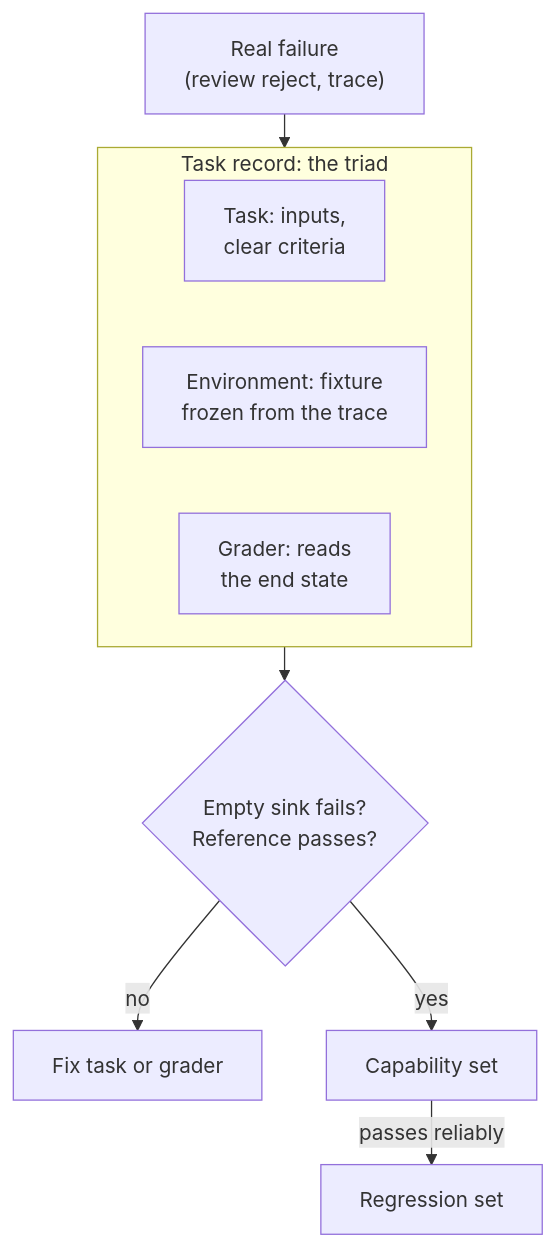
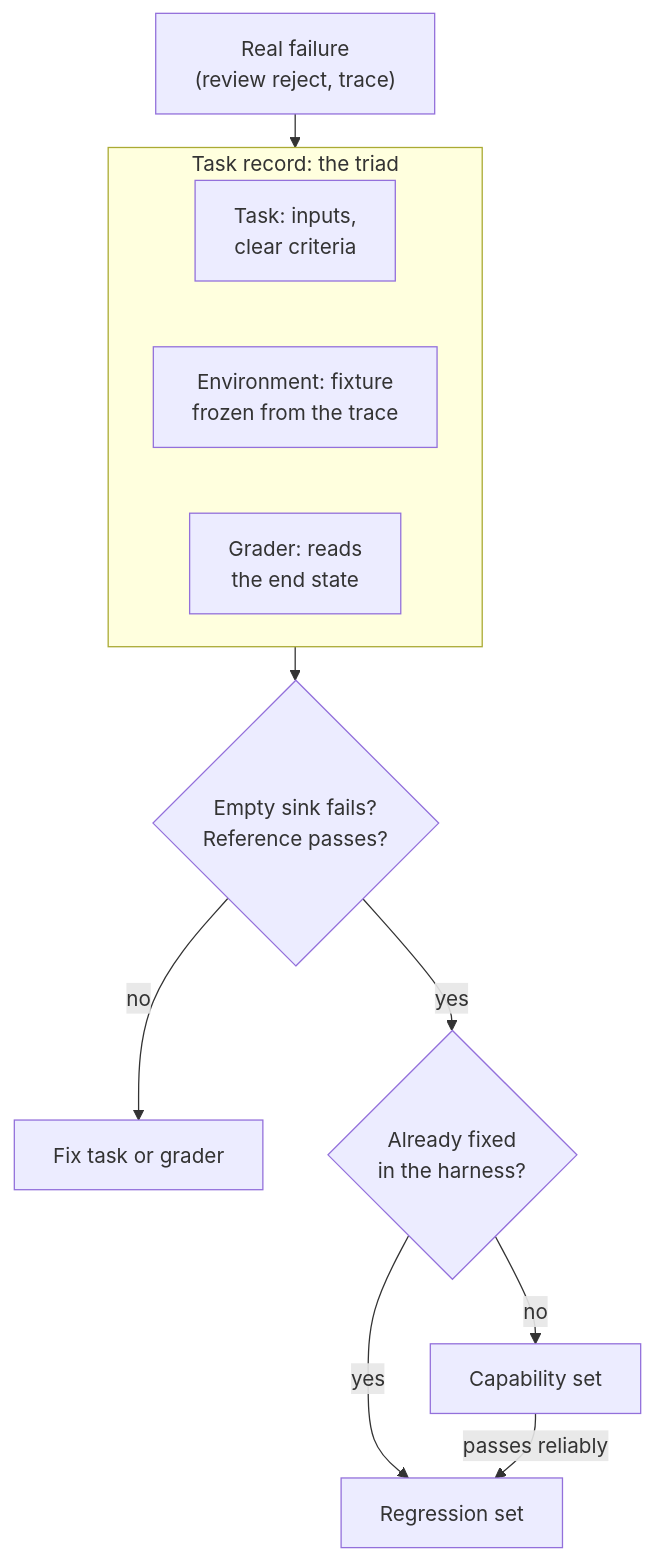
One commit to joshxinjie/agentic-harness-notes changed the diagram in diagrams/src/eval-task-from-failure.mmd. Above: the diagram before and after it, drawn with Mermaid. The commit also changed 3 other files, not shown here.

```diff
--- a/diagrams/src/eval-task-from-failure.mmd
+++ b/diagrams/src/eval-task-from-failure.mmd
@@ -1,14 +1,16 @@
 %%{init: {"flowchart": {"rankSpacing": 26}}}%%
 flowchart TD
     F["Real failure<br>(review reject, trace)"] --> T
     subgraph T["Task record: the triad"]
         direction TB
         T1["Task: inputs,<br>clear criteria"]
         T2["Environment: fixture<br>frozen from the trace"]
         T3["Grader: reads<br>the end state"]
         T1 ~~~ T2 ~~~ T3
     end
     T --> V{"Empty sink fails?<br>Reference passes?"}
     V -->|"no"| X["Fix task or grader"]
-    V -->|"yes"| C["Capability set"]
-    C -->|"passes reliably"| R["Regression set"]
+    V -->|"yes"| A{"Already fixed<br>in the harness?"}
+    A -->|"no"| C["Capability set"]
+    A -->|"yes"| R["Regression set"]
+    C -->|"passes reliably"| R
```
